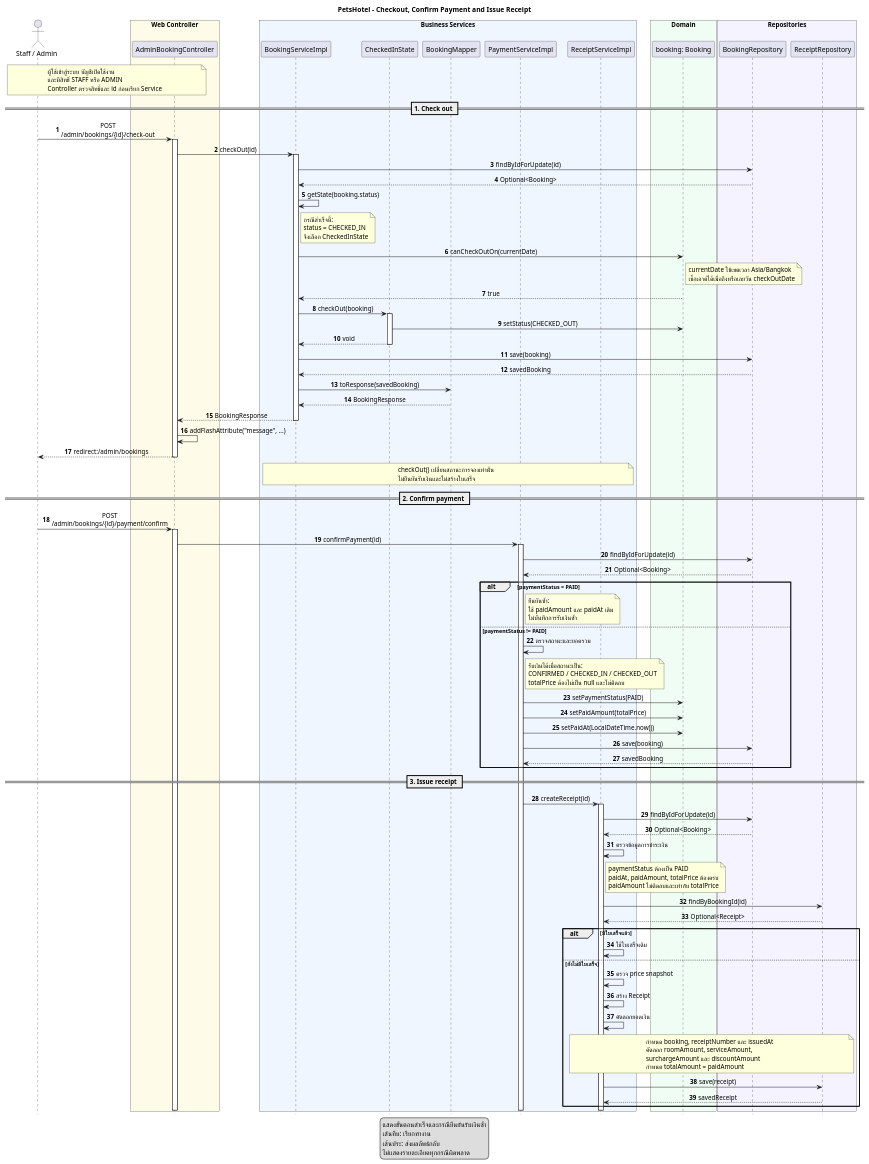
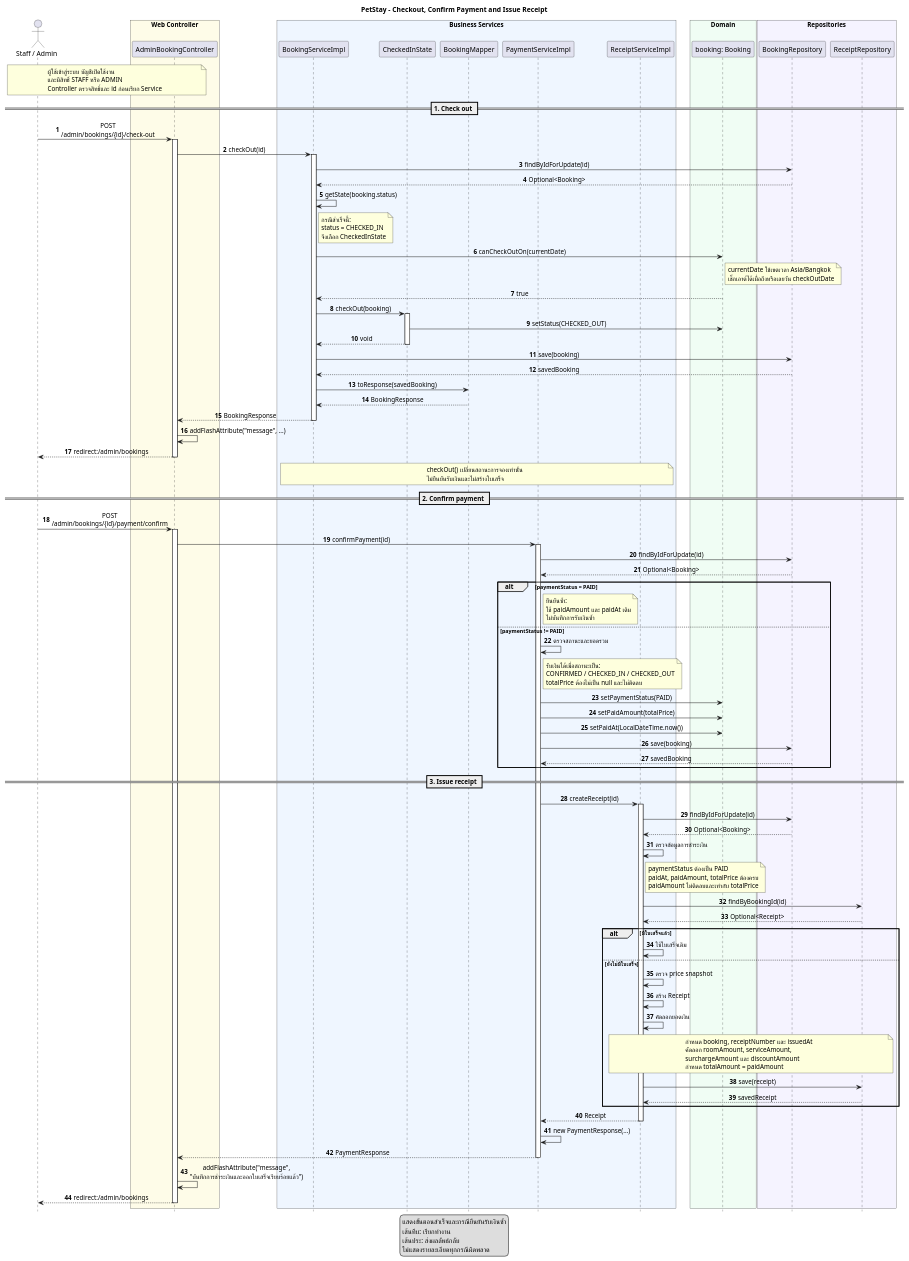
The diagram in doc/diagrams/sequence-checkout.puml (Tanut-oam/PetsHotel_Project), drawn with PlantUML before and after one commit. The commit also changed 3 other files, not shown here.

Commit message:
docs: complete class and checkout diagrams with PNG exports

```diff
--- a/doc/diagrams/sequence-checkout.puml
+++ b/doc/diagrams/sequence-checkout.puml
@@ -1,172 +1,183 @@
 @startuml sequence-checkout
 
-title PetsHotel - Checkout, Confirm Payment and Issue Receipt
+title PetStay - Checkout, Confirm Payment and Issue Receipt
 
 autonumber
 hide footbox
 
 skinparam defaultFontName Tahoma
 skinparam shadowing false
 skinparam sequenceMessageAlign center
 skinparam responseMessageBelowArrow true
 skinparam maxMessageSize 220
 
 actor "Staff / Admin" as Staff
 
 box "Web Controller" #FEFCE8
     participant AdminBookingController as Controller
 end box
 
 box "Business Services" #EFF6FF
     participant BookingServiceImpl as BookingService
     participant CheckedInState as State
     participant BookingMapper as Mapper
     participant PaymentServiceImpl as PaymentService
     participant ReceiptServiceImpl as ReceiptService
 end box
 
 box "Domain" #F0FDF4
     participant "booking: Booking" as Booking
 end box
 
 box "Repositories" #F5F3FF
     participant BookingRepository as BookingRepo
     participant ReceiptRepository as ReceiptRepo
 end box
 
 note over Staff, Controller
     ผู้ใช้เข้าสู่ระบบ บัญชีเปิดใช้งาน
     และมีสิทธิ์ STAFF หรือ ADMIN
     Controller ตรวจสิทธิ์และ id ก่อนเรียก Service
 end note
 
 == 1. Check out ==
 
 Staff -> Controller : POST /admin/bookings/{id}/check-out
 activate Controller
 
 Controller -> BookingService : checkOut(id)
 activate BookingService
 
 BookingService -> BookingRepo : findByIdForUpdate(id)
 BookingRepo --> BookingService : Optional<Booking>
 
 BookingService -> BookingService : getState(booking.status)
 note right of BookingService
     กรณีสำเร็จนี้:
     status = CHECKED_IN
     จึงเลือก CheckedInState
 end note
 
 BookingService -> Booking : canCheckOutOn(currentDate)
 note right of Booking
     currentDate ใช้เขตเวลา Asia/Bangkok
     เช็กเอาต์ได้เมื่อถึงหรือเลยวัน checkOutDate
 end note
 Booking --> BookingService : true
 
 BookingService -> State : checkOut(booking)
 activate State
 State -> Booking : setStatus(CHECKED_OUT)
 State --> BookingService : void
 deactivate State
 
 BookingService -> BookingRepo : save(booking)
 BookingRepo --> BookingService : savedBooking
 
 BookingService -> Mapper : toResponse(savedBooking)
 Mapper --> BookingService : BookingResponse
 
 BookingService --> Controller : BookingResponse
 deactivate BookingService
 
 Controller -> Controller : addFlashAttribute("message", ...)
 Controller --> Staff : redirect:/admin/bookings
 deactivate Controller
 
 note over BookingService, ReceiptService
     checkOut() เปลี่ยนสถานะการจองเท่านั้น
     ไม่ยืนยันรับเงินและไม่สร้างใบเสร็จ
 end note
 
 == 2. Confirm payment ==
 
 Staff -> Controller : POST /admin/bookings/{id}/payment/confirm
 activate Controller
 
 Controller -> PaymentService : confirmPayment(id)
 activate PaymentService
 
 PaymentService -> BookingRepo : findByIdForUpdate(id)
 BookingRepo --> PaymentService : Optional<Booking>
 
 alt paymentStatus = PAID
     note right of PaymentService
         ยืนยันซ้ำ:
         ใช้ paidAmount และ paidAt เดิม
         ไม่บันทึกการรับเงินซ้ำ
     end note
 
 else paymentStatus != PAID
     PaymentService -> PaymentService : ตรวจสถานะและยอดรวม
 
     note right of PaymentService
         รับเงินได้เมื่อสถานะเป็น:
         CONFIRMED / CHECKED_IN / CHECKED_OUT
         totalPrice ต้องไม่เป็น null และไม่ติดลบ
     end note
 
     PaymentService -> Booking : setPaymentStatus(PAID)
     PaymentService -> Booking : setPaidAmount(totalPrice)
     PaymentService -> Booking : setPaidAt(LocalDateTime.now())
 
     PaymentService -> BookingRepo : save(booking)
     BookingRepo --> PaymentService : savedBooking
 end
 
 == 3. Issue receipt ==
 
 PaymentService -> ReceiptService : createReceipt(id)
 activate ReceiptService
 
 ReceiptService -> BookingRepo : findByIdForUpdate(id)
 BookingRepo --> ReceiptService : Optional<Booking>
 
 ReceiptService -> ReceiptService : ตรวจข้อมูลการชำระเงิน
 
 note right of ReceiptService
     paymentStatus ต้องเป็น PAID
     paidAt, paidAmount, totalPrice ต้องครบ
     paidAmount ไม่ติดลบและเท่ากับ totalPrice
 end note
 
 ReceiptService -> ReceiptRepo : findByBookingId(id)
 ReceiptRepo --> ReceiptService : Optional<Receipt>
 
 alt มีใบเสร็จแล้ว
     ReceiptService -> ReceiptService : ใช้ใบเสร็จเดิม
 
 else ยังไม่มีใบเสร็จ
     ReceiptService -> ReceiptService : ตรวจ price snapshot
     ReceiptService -> ReceiptService : สร้าง Receipt
     ReceiptService -> ReceiptService : คัดลอกยอดเงิน
 
     note over ReceiptService, ReceiptRepo
         กำหนด booking, receiptNumber และ issuedAt
         คัดลอก roomAmount, serviceAmount,
         surchargeAmount และ discountAmount
         กำหนด totalAmount = paidAmount
     end note
 
     ReceiptService -> ReceiptRepo : save(receipt)
     ReceiptRepo --> ReceiptService : savedReceipt
 end
 
+ReceiptService --> PaymentService : Receipt
+deactivate ReceiptService
+
+PaymentService -> PaymentService : new PaymentResponse(...)
+PaymentService --> Controller : PaymentResponse
+deactivate PaymentService
+
+Controller -> Controller : addFlashAttribute("message",\n"บันทึกการชำระเงินและออกใบเสร็จเรียบร้อยแล้ว")
+Controller --> Staff : redirect:/admin/bookings
+deactivate Controller
+
 legend bottom
     แสดงขั้นตอนสำเร็จและกรณียืนยันรับเงินซ้ำ
     เส้นทึบ: เรียกทำงาน
     เส้นประ: ส่งผลลัพธ์กลับ
     ไม่แสดงรายละเอียดทุกกรณีผิดพลาด
 endlegend
 
 @enduml
```
